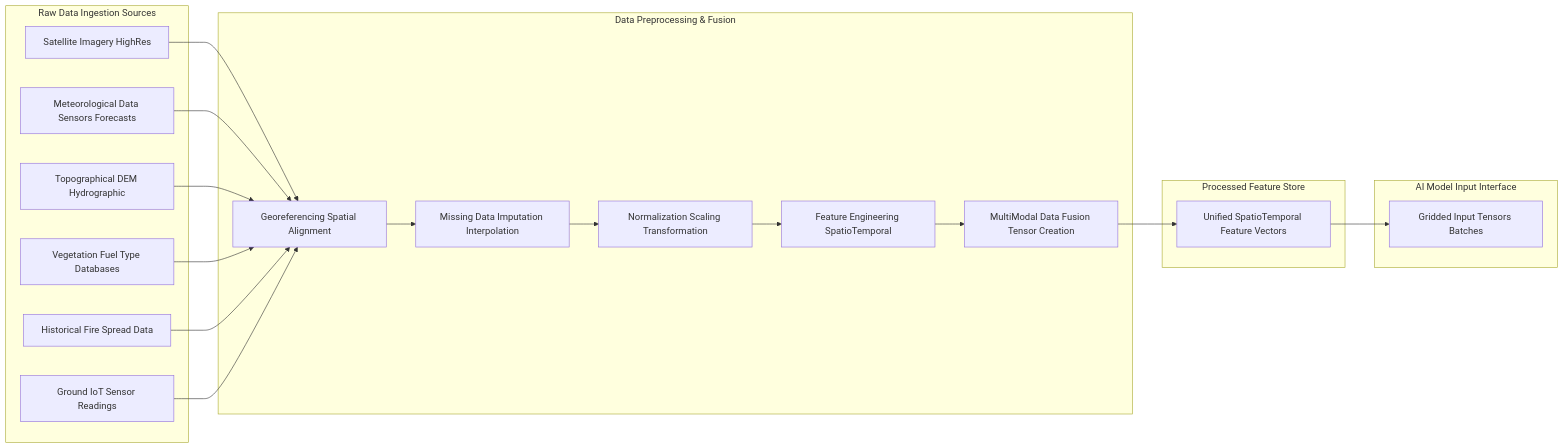
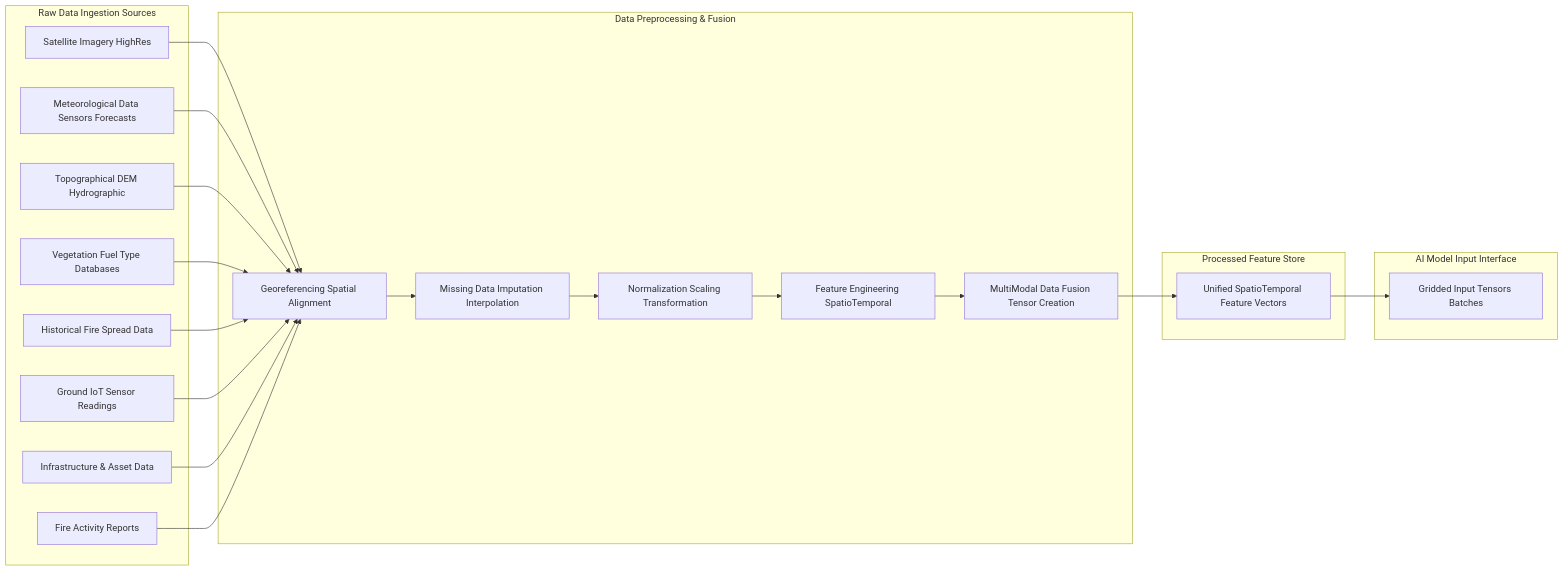
The second of 10 diagrams in inventions/129_ai_wildfire_behavior_prediction.md (diplomat-bit/Citibank_Demo_Business_Inc_Demonstration-), drawn with Mermaid before and after one commit. The commit also changed other lines of this file, not shown here.

````diff
--- a/inventions/129_ai_wildfire_behavior_prediction.md
+++ b/inventions/129_ai_wildfire_behavior_prediction.md
@@ -121,42 +402,46 @@
 ```mermaid
 graph LR
     subgraph Raw Data Ingestion Sources
         A[Satellite Imagery HighRes]
         B[Meteorological Data Sensors Forecasts]
         C[Topographical DEM Hydrographic]
         D[Vegetation Fuel Type Databases]
         E[Historical Fire Spread Data]
         F[Ground IoT Sensor Readings]
+        G[Infrastructure & Asset Data]
+        H[Fire Activity Reports]
     end
 
     subgraph Data Preprocessing & Fusion
-        G[Georeferencing Spatial Alignment]
-        H[Missing Data Imputation Interpolation]
-        I[Normalization Scaling Transformation]
-        J[Feature Engineering SpatioTemporal]
-        K[MultiModal Data Fusion Tensor Creation]
+        P1[Georeferencing Spatial Alignment]
+        P2[Missing Data Imputation Interpolation]
+        P3[Normalization Scaling Transformation]
+        P4[Feature Engineering SpatioTemporal]
+        P5[MultiModal Data Fusion Tensor Creation]
     end
 
     subgraph Processed Feature Store
         L[Unified SpatioTemporal Feature Vectors]
     end
 
     subgraph AI Model Input Interface
         M[Gridded Input Tensors Batches]
     end
 
-    A --> G
-    B --> G
-    C --> G
-    D --> G
-    E --> G
-    F --> G
+    A --> P1
+    B --> P1
+    C --> P1
+    D --> P1
+    E --> P1
+    F --> P1
+    G --> P1
+    H --> P1
 
-    G --> H
-    H --> I
-    I --> J
-    J --> K
-    K --> L
+    P1 --> P2
+    P2 --> P3
+    P3 --> P4
+    P4 --> P5
+    P5 --> L
 
     L --> M
 ```
````
